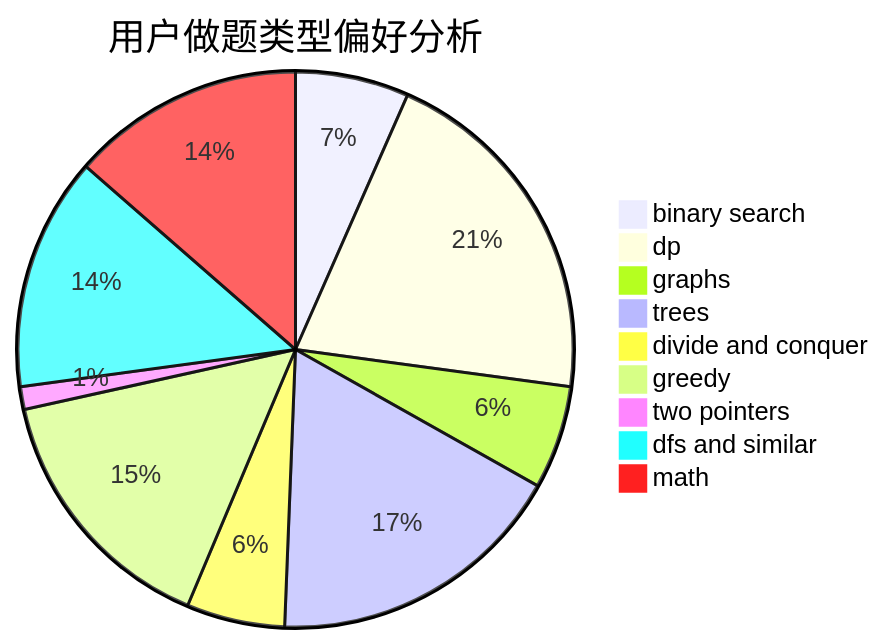
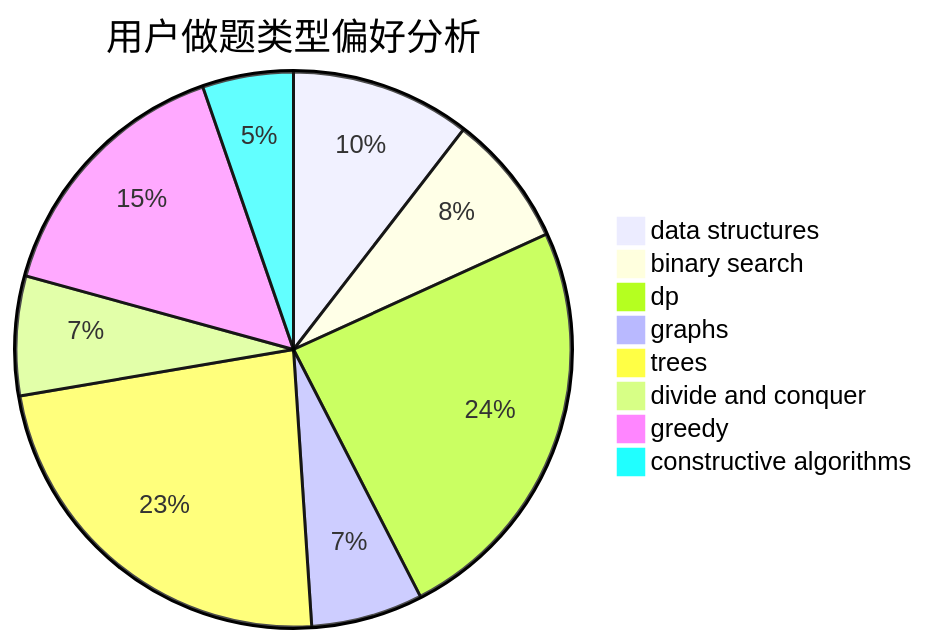
One commit to sherpahu/cfrs.github.io changed the second of 3 diagrams in docs/user/u1159.md. Above: the diagram before and after it, drawn with Mermaid. The commit also changed other lines of this file and 2775 other files, not shown here.

````diff
--- a/docs/user/u1159.md
+++ b/docs/user/u1159.md
@@ -23,12 +23,11 @@
 ```mermaid
 pie title 用户做题类型偏好分析
-    "binary search" :  90
-    "dp" :  280
-    "graphs" :  82
-    "trees" :  238
-    "divide and conquer" :  78
-    "greedy" :  207
-    "two pointers" :  18
-    "dfs and similar" :  185
-    "math" :  185
+    "data structures" :  95
+    "binary search" :  70
+    "dp" :  220
+    "graphs" :  59
+    "trees" :  212
+    "divide and conquer" :  63
+    "greedy" :  140
+    "constructive algorithms" :  48
 ```
````
